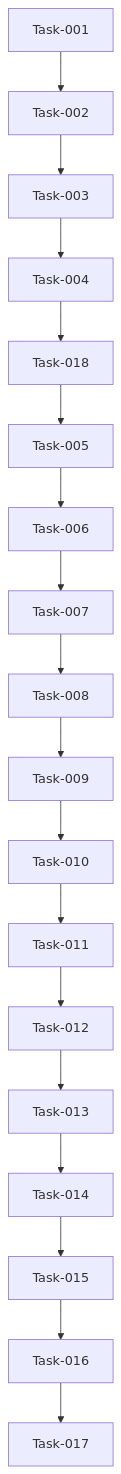
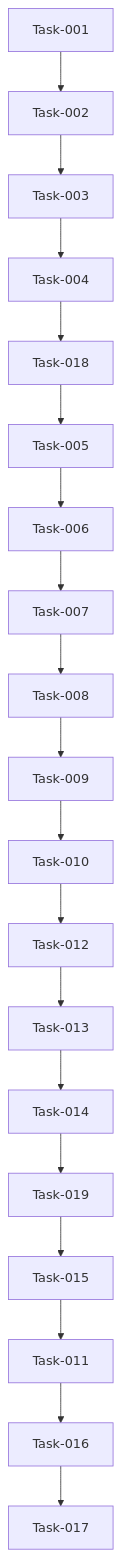
Before and after one commit to sale4387/cv-optimizer-interview-prep: the diagram in PROJECT_BOARD.MD, drawn with Mermaid. The commit also changed other lines of this file and 5 other files, not shown here.

````diff
--- a/PROJECT_BOARD.MD
+++ b/PROJECT_BOARD.MD
@@ -1543,20 +2374,22 @@
 ```mermaid
 flowchart TD;
     Task-001-->Task-002;
     Task-002-->Task-003;
     Task-003-->Task-004;
     Task-004-->Task-018;
     Task-018-->Task-005;
     Task-005-->Task-006;
     Task-006-->Task-007;
     Task-007-->Task-008;
     Task-008-->Task-009;
     Task-009-->Task-010;
-    Task-010-->Task-011;
-    Task-011-->Task-012;
+    Task-010-->Task-012;
     Task-012-->Task-013;
     Task-013-->Task-014;
-    Task-014-->Task-015;
-    Task-015-->Task-016;
+    Task-014-->Task-019;
+    Task-019-->Task-015;
+    Task-015-->Task-011;
+    Task-011-->Task-016;
     Task-016-->Task-017;
+
 ```
````
